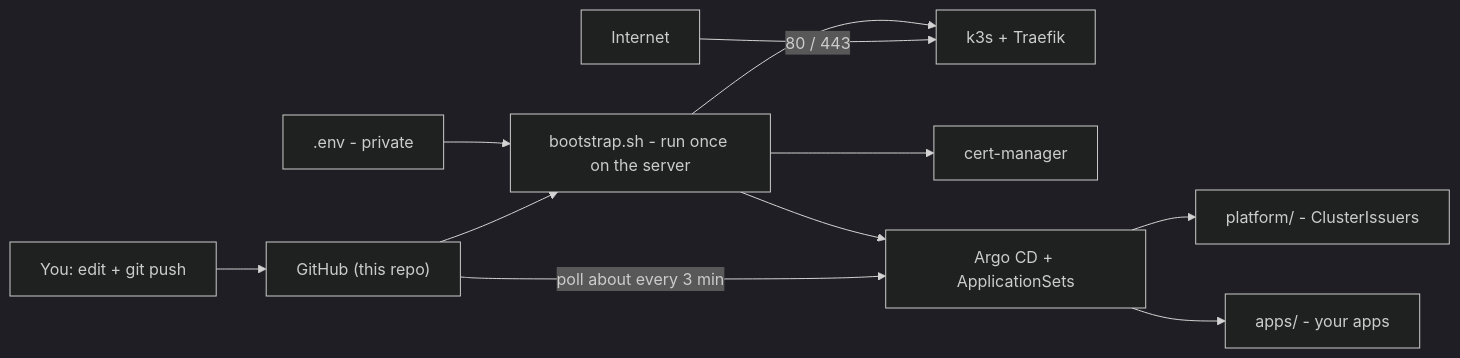
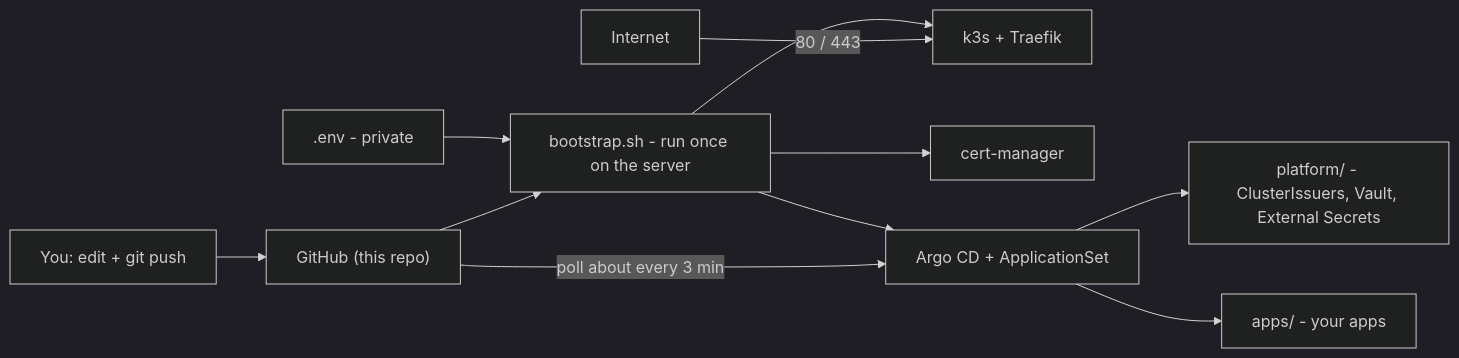
One commit to Elouel/homelab changed the diagram in README.md. Above: the diagram before and after it, drawn with Mermaid (dark theme). The commit also changed other lines of this file and 29 other files, not shown here.

First line of the commit message:
feat: integrate HashiCorp Vault and External Secrets for secret management

````diff
--- a/README.md
+++ b/README.md
@@ -7,13 +7,13 @@
 ```mermaid
 flowchart LR
   DEV["You: edit + git push"] --> GH["GitHub (this repo)"]
   ENV[".env - private"] --> BS["bootstrap.sh - run once on the server"]
   GH --> BS
   BS --> K3S["k3s + Traefik"]
   BS --> CM["cert-manager"]
-  BS --> AR["Argo CD + ApplicationSets"]
+  BS --> AR["Argo CD + ApplicationSet"]
   GH -->|"poll about every 3 min"| AR
-  AR --> P["platform/ - ClusterIssuers"]
+  AR --> P["platform/ - ClusterIssuers, Vault, External Secrets"]
   AR --> A["apps/ - your apps"]
   U["Internet"] -->|"80 / 443"| K3S
 ```
````
